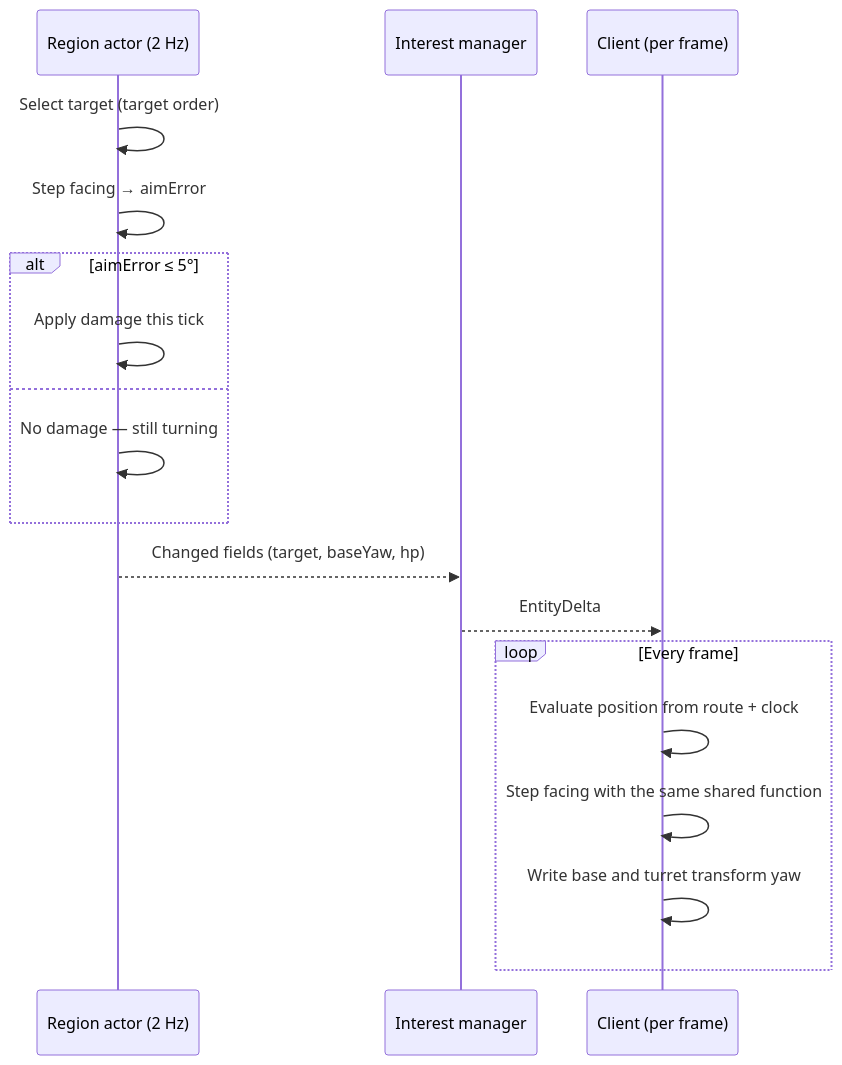
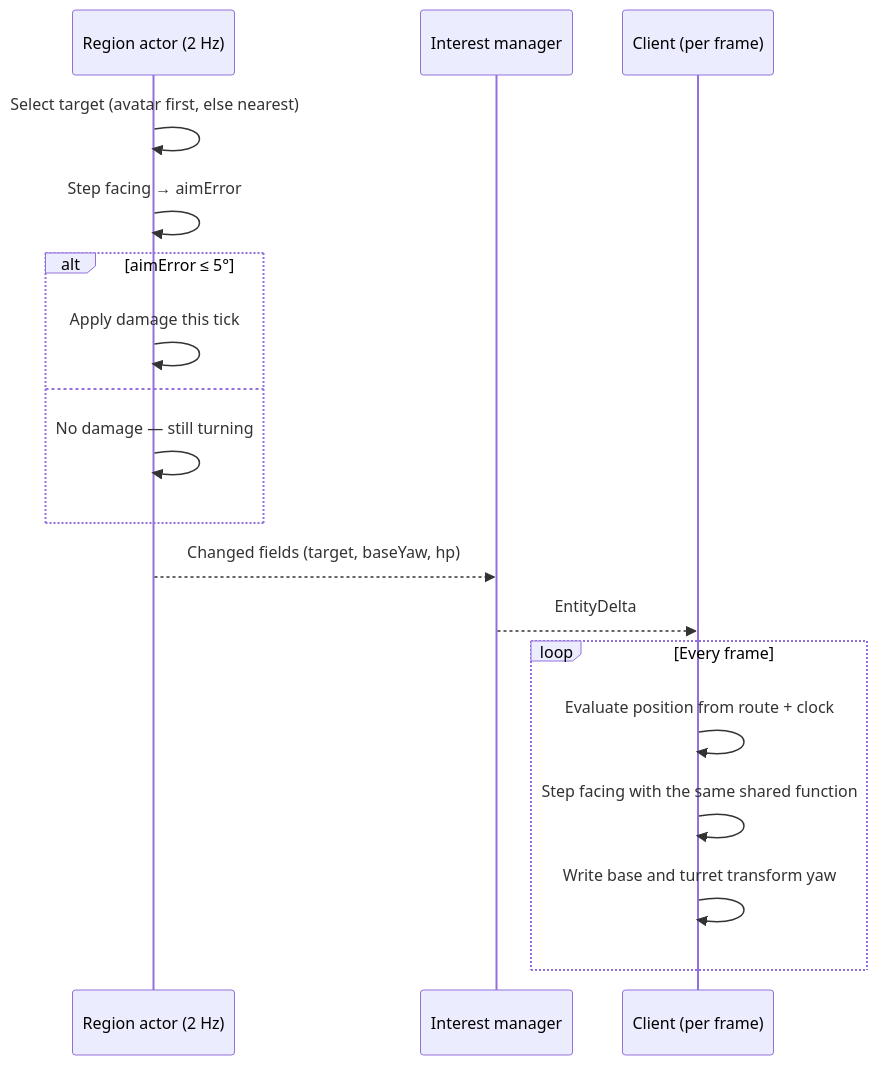
The diagram in docs/architecture/rotation.md (jhofer/ar-map-game), drawn with Mermaid before and after one commit. The commit also changed other lines of this file and 14 other files, not shown here.

````diff
--- a/docs/architecture/rotation.md
+++ b/docs/architecture/rotation.md
@@ -48,21 +48,21 @@
 ```mermaid
 sequenceDiagram
     participant R as Region actor (2 Hz)
     participant IM as Interest manager
     participant C as Client (per frame)
 
-    R->>R: Select target (target order)
+    R->>R: Select target (avatar first, else nearest)
     R->>R: Step facing → aimError
     alt aimError ≤ 5°
         R->>R: Apply damage this tick
     else
         R->>R: No damage — still turning
     end
     R-->>IM: Changed fields (target, baseYaw, hp)
     IM-->>C: EntityDelta
     loop Every frame
         C->>C: Evaluate position from route + clock
         C->>C: Step facing with the same shared function
         C->>C: Write base and turret transform yaw
     end
 ```
````
